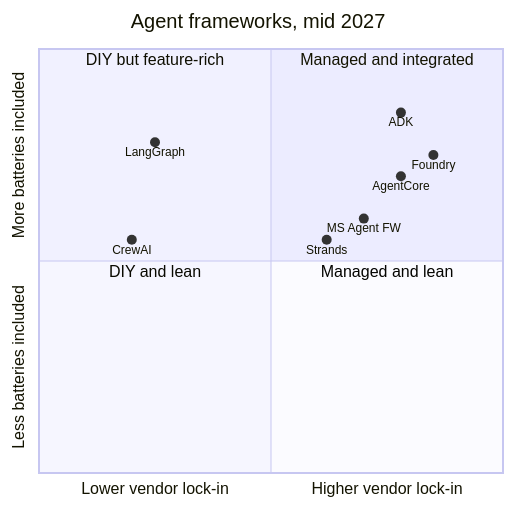
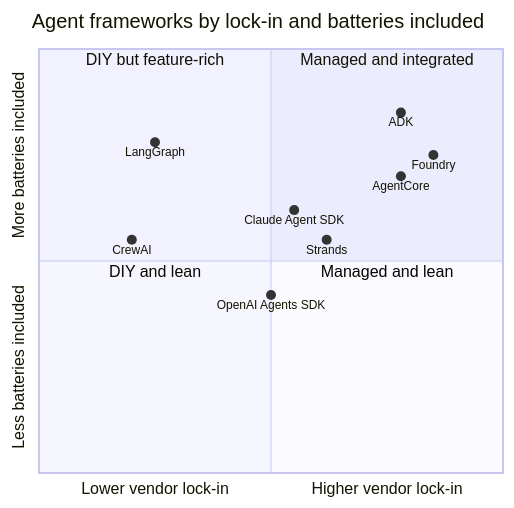
One commit to JuanLara18/portfolio changed the fourth of 4 diagrams in front/public/blog/posts/field-notes/google-adk-agent-development-deep-dive.md. Above: the diagram before and after it, drawn with Mermaid. The commit also changed other lines of this file and 2 other files, not shown here.

````diff
--- a/front/public/blog/posts/field-notes/google-adk-agent-development-deep-dive.md
+++ b/front/public/blog/posts/field-notes/google-adk-agent-development-deep-dive.md
@@ -894,17 +998,18 @@
 ```mermaid
 quadrantChart
-    title Agent frameworks, mid 2027
+    title Agent frameworks by lock-in and batteries included
     x-axis "Lower vendor lock-in" --> "Higher vendor lock-in"
     y-axis "Less batteries included" --> "More batteries included"
     quadrant-1 "Managed and integrated"
     quadrant-2 "DIY but feature-rich"
     quadrant-3 "DIY and lean"
     quadrant-4 "Managed and lean"
     ADK: [0.78, 0.85]
     Strands: [0.62, 0.55]
     AgentCore: [0.78, 0.7]
     Foundry: [0.85, 0.75]
     LangGraph: [0.25, 0.78]
     CrewAI: [0.2, 0.55]
-    MS Agent FW: [0.7, 0.6]
+    Claude Agent SDK: [0.55, 0.62]
+    OpenAI Agents SDK: [0.5, 0.42]
 ```
````
